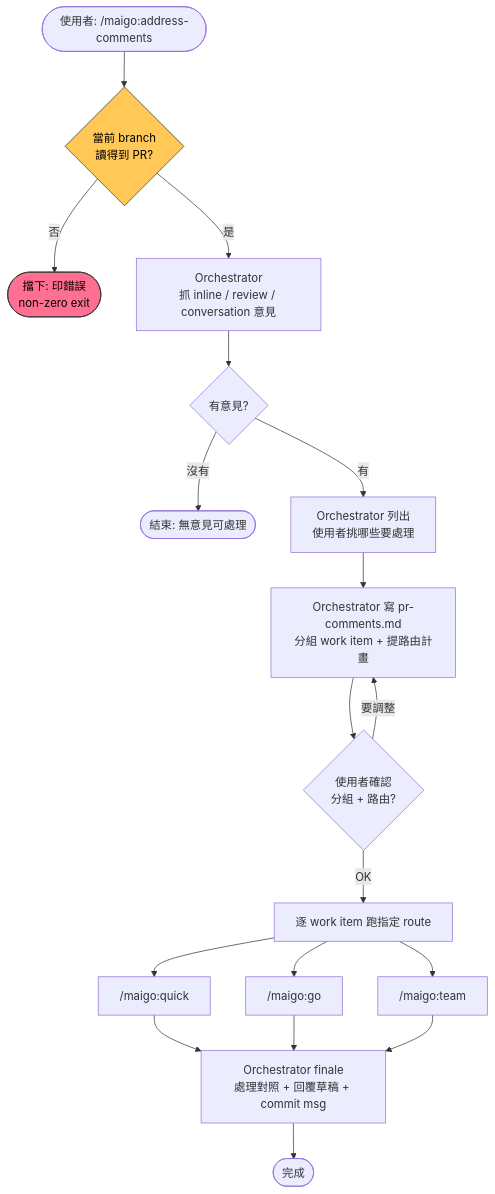
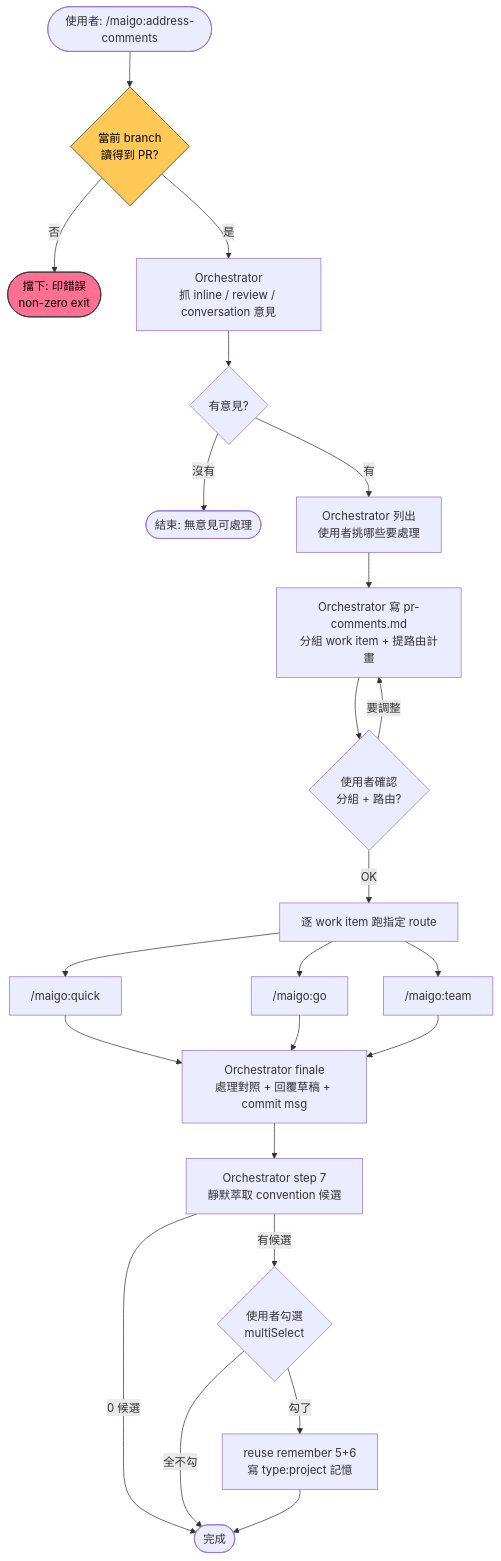
One commit to Lee-W/maigo changed the diagram in docs/commands/address-comments.md. Above: the diagram before and after it, drawn with Mermaid. The commit also changed 2 other files, not shown here.

Commit message:
feat(address-comments): learn conventions from addressed PR comments
新增 step 7「學習收尾」：address-comments 處理完 PR comments 後，orchestrator
靜默萃取「會再犯的 convention 類教訓」候選，使用者勾選後 reuse /maigo:remember
寫成 type:project 記憶——下次 Tomori/Raana 規劃時載入（正確設計），Soyo review
時當 item 4 convention 依據（review 學習）。

- 靜默跑：0 候選無聲結束；有候選才 multiSelect；全不勾即跳過
- 每筆獨立 reuse remember 步驟 5+6，某筆取消不中止其餘
- 反覆出現只提示 /maigo:crystallize，不在 flow 內代跑
- docs 四同步：command + mermaid 流程圖 + reference 步驟表/散文

````diff
--- a/docs/commands/address-comments.md
+++ b/docs/commands/address-comments.md
@@ -1,25 +1,30 @@
 ```mermaid
 flowchart TD
     Start([使用者: /maigo:address-comments]) --> Gate{當前 branch<br/>讀得到 PR?}
     Gate -- 否 --> Block([擋下: 印錯誤<br/>non-zero exit])
     Gate -- 是 --> Fetch[Orchestrator<br/>抓 inline / review / conversation 意見]
     Fetch --> HasComments{有意見?}
     HasComments -- 沒有 --> NoOp([結束: 無意見可處理])
     HasComments -- 有 --> List[Orchestrator 列出<br/>使用者挑哪些要處理]
     List --> Plan[Orchestrator 寫 pr-comments.md<br/>分組 work item + 提路由計畫]
     Plan --> Confirm{使用者確認<br/>分組 + 路由?}
     Confirm -- 要調整 --> Plan
     Confirm -- OK --> Route[逐 work item 跑指定 route]
     Route --> Quick["/maigo:quick"]
     Route --> Go["/maigo:go"]
     Route --> Team["/maigo:team"]
     Quick --> Finale[Orchestrator finale<br/>處理對照 + 回覆草稿 + commit msg]
     Go --> Finale
     Team --> Finale
-    Finale --> Done([完成])
+    Finale --> Learn[Orchestrator step 7<br/>靜默萃取 convention 候選]
+    Learn -- 0 候選 --> Done([完成])
+    Learn -- 有候選 --> Ask{使用者勾選<br/>multiSelect}
+    Ask -- 全不勾 --> Done
+    Ask -- 勾了 --> Write[reuse remember 5+6<br/>寫 type:project 記憶]
+    Write --> Done
 
     classDef gate fill:#FFC857,stroke:#333,color:#000
     classDef block fill:#FF6F91,stroke:#333,color:#000
     class Gate gate
     class Block block
 ```
````
